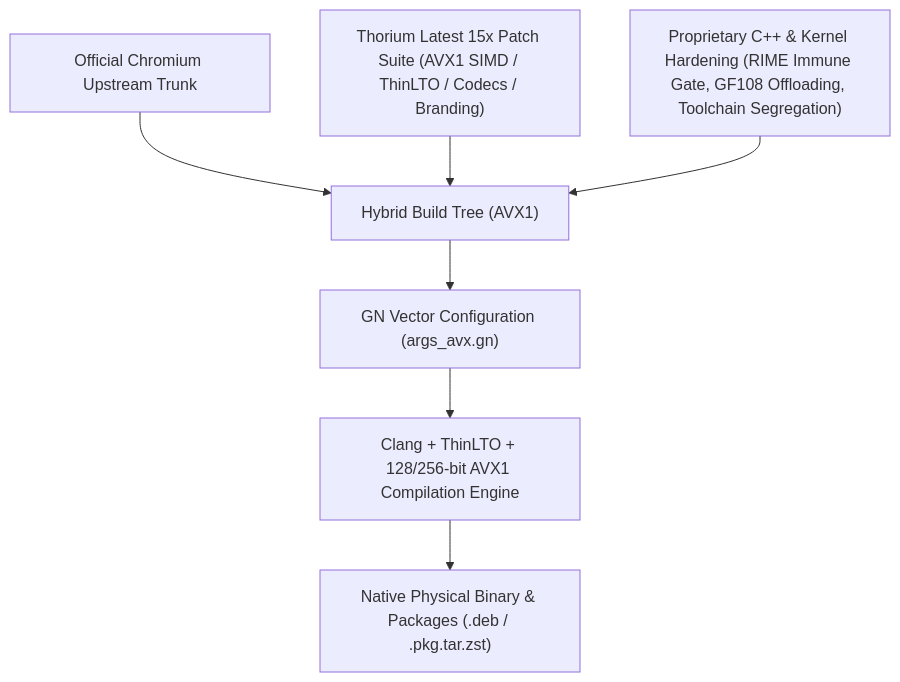
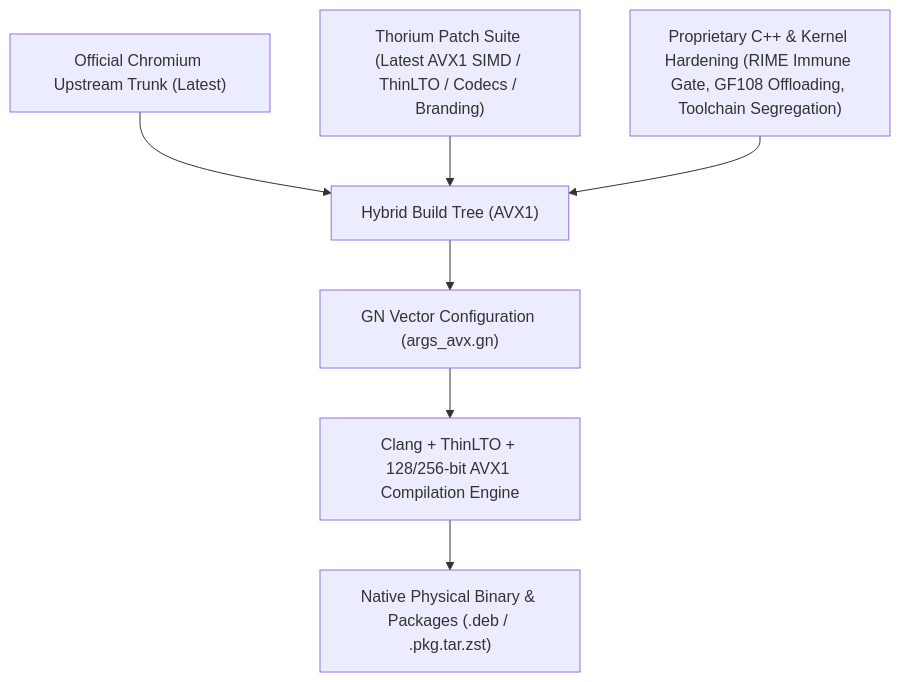
Before and after one commit to obhasashare2024-namo/thorium-avx1-rime: the diagram in README.md, drawn with Mermaid. The commit also changed other lines of this file and 2 other files, not shown here.

Commit message:
docs: generalize hybrid compilation description without hardcoded version numbers

````diff
--- a/README.md
+++ b/README.md
@@ -22,9 +22,9 @@
 ```mermaid
 graph TD
-    A["Official Chromium Upstream Trunk"] --> D["Hybrid Build Tree (AVX1)"]
-    B["Thorium Latest 15x Patch Suite (AVX1 SIMD / ThinLTO / Codecs / Branding)"] --> D
+    A["Official Chromium Upstream Trunk (Latest)"] --> D["Hybrid Build Tree (AVX1)"]
+    B["Thorium Patch Suite (Latest AVX1 SIMD / ThinLTO / Codecs / Branding)"] --> D
     C["Proprietary C++ & Kernel Hardening (RIME Immune Gate, GF108 Offloading, Toolchain Segregation)"] --> D
     D --> E["GN Vector Configuration (args_avx.gn)"]
     E --> F["Clang + ThinLTO + 128/256-bit AVX1 Compilation Engine"]
     F --> G["Native Physical Binary & Packages (.deb / .pkg.tar.zst)"]
 ```
````
